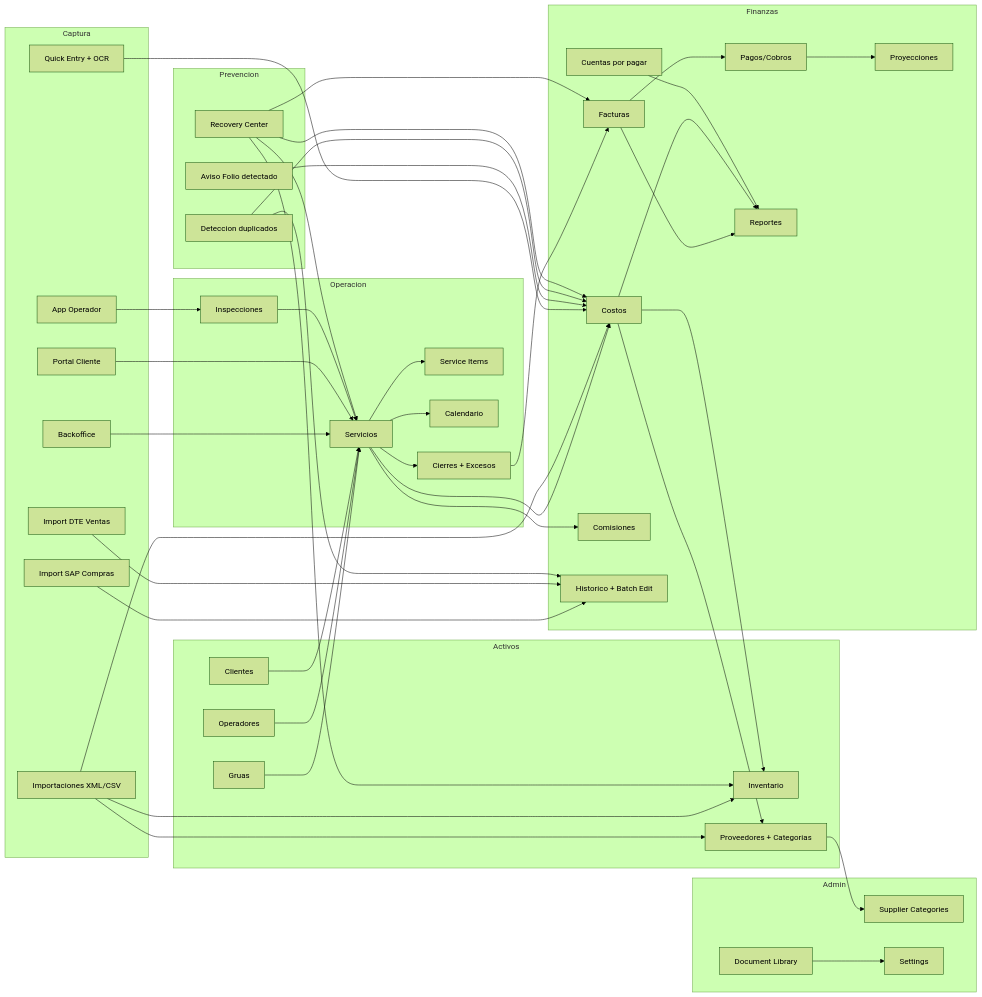
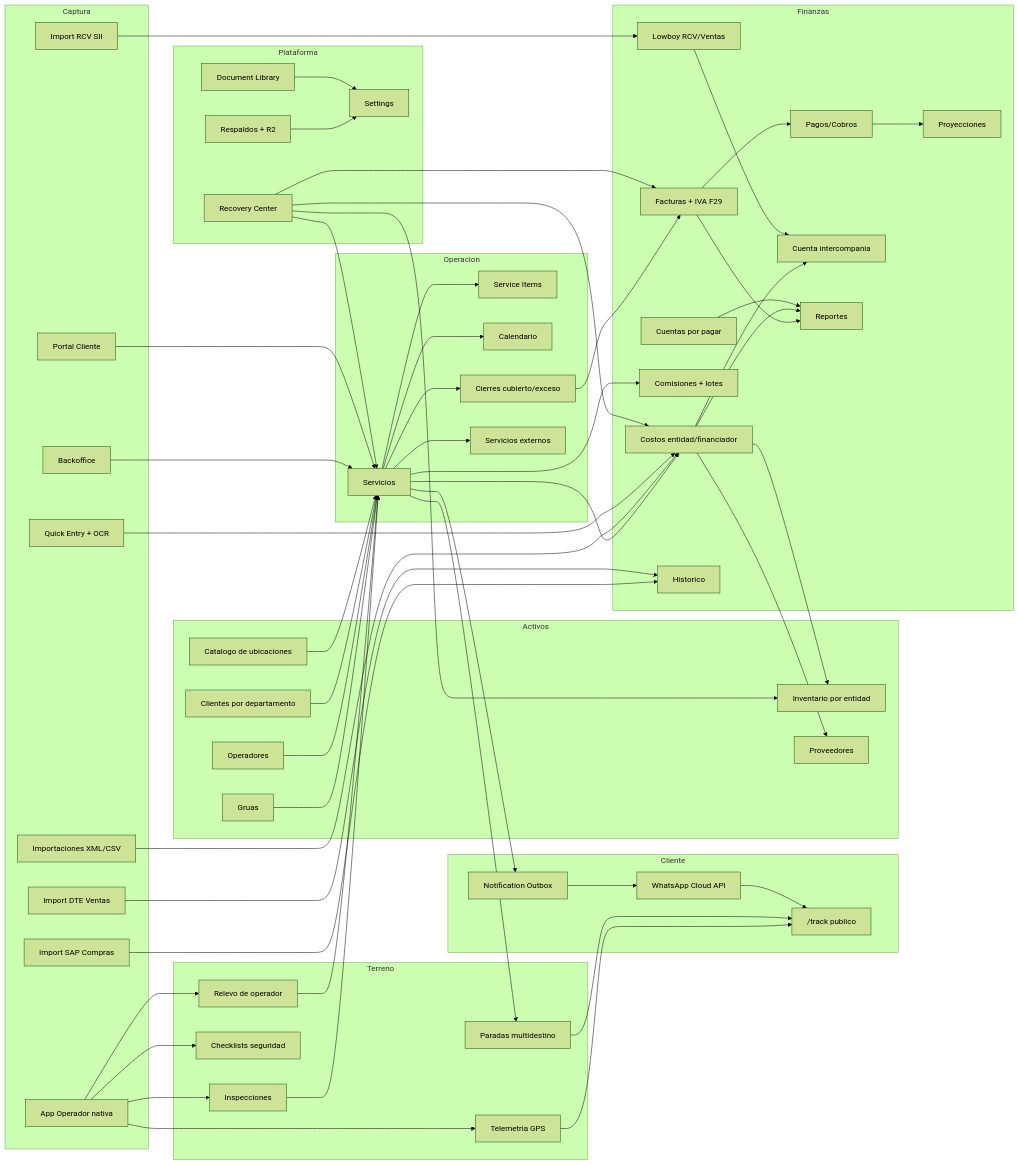
The diagram in PRD.md (SergioIriarte666/gruas-alerta-calendario), drawn with Mermaid (forest theme) before and after one commit. The commit also changed other lines of this file, not shown here.

````diff
--- a/PRD.md
+++ b/PRD.md
@@ -204,83 +261,101 @@
 flowchart LR
   subgraph Captura
     ADMIN[Backoffice]
-    OP[App Operador]
+    OPAPP[App Operador nativa]
     PORTAL[Portal Cliente]
     XML[Importaciones XML/CSV]
     OCR[Quick Entry + OCR]
     SAP[Import SAP Compras]
     DTE[Import DTE Ventas]
+    RCV[Import RCV SII]
+  end
+
+  subgraph Terreno
+    GPS[Telemetria GPS]
+    STOPS[Paradas multidestino]
+    INS[Inspecciones]
+    CHK[Checklists seguridad]
+    HAND[Relevo de operador]
+  end
+
+  subgraph Cliente
+    TRACK["/track publico"]
+    OUTBOX[Notification Outbox]
+    WA[WhatsApp Cloud API]
   end
 
   subgraph Operacion
     SVC[Servicios]
     ITEMS[Service Items]
     CAL[Calendario]
-    INS[Inspecciones]
-    CLO[Cierres + Excesos]
-  end
-
-  subgraph Prevencion
-    FOLIO[Aviso Folio detectado]
-    DEDUP[Deteccion duplicados]
-    RECOV[Recovery Center]
+    CLO[Cierres cubierto/exceso]
+    EXT[Servicios externos]
   end
 
   subgraph Activos
-    CLI[Clientes]
+    CLI[Clientes por departamento]
     CRA[Gruas]
     OPE[Operadores]
-    INV[Inventario]
-    SUP[Proveedores + Categorias]
-  end
-
-  subgraph Admin
-    DOCLIB[Document Library]
-    SUP_CAT[Supplier Categories]
-    SET[Settings]
+    INV[Inventario por entidad]
+    SUP[Proveedores]
+    LOC[Catalogo de ubicaciones]
   end
 
   subgraph Finanzas
-    INV2[Facturas]
+    FAC[Facturas + IVA F29]
     COB[Pagos/Cobros]
-    COS[Costos]
+    COS[Costos entidad/financiador]
     AP[Cuentas por pagar]
-    COM[Comisiones]
+    COM[Comisiones + lotes]
+    LOW[Lowboy RCV/Ventas]
+    IC[Cuenta intercompania]
     REP[Reportes]
     PROY[Proyecciones]
-    HIST[Historico + Batch Edit]
+    HIST[Historico]
+  end
+
+  subgraph Plataforma
+    BKP[Respaldos + R2]
+    REC[Recovery Center]
+    DOC[Document Library]
+    SET[Settings]
   end
 
   ADMIN --> SVC
   PORTAL --> SVC
-  OP --> INS --> SVC
+  OPAPP --> GPS --> TRACK
+  OPAPP --> INS --> SVC
+  OPAPP --> CHK
+  OPAPP --> HAND --> SVC
+  SVC --> STOPS --> TRACK
+  SVC --> OUTBOX --> WA --> TRACK
   SVC --> ITEMS
   SVC --> CAL
-  SVC --> CLO --> INV2 --> COB
+  SVC --> CLO --> FAC --> COB
+  SVC --> EXT
   SVC --> COS
   COS --> SUP
   COS --> INV
+  COS --> IC
+  LOW --> IC
+  RCV --> LOW
   XML --> COS
-  XML --> SUP
-  XML --> INV
   OCR --> COS
   SAP --> HIST
   DTE --> HIST
   CRA --> SVC
   OPE --> SVC
   CLI --> SVC
+  LOC --> SVC
   SVC --> COM
-  INV2 --> REP
+  FAC --> REP
   COB --> PROY
   COS --> REP
   AP --> REP
-  FOLIO --> COS
-  DEDUP --> COS
-  DEDUP --> HIST
-  RECOV --> INV2
-  RECOV --> SVC
-  RECOV --> COS
-  RECOV --> INV
-  SUP --> SUP_CAT
-  DOCLIB --> SET
+  REC --> SVC
+  REC --> FAC
+  REC --> COS
+  REC --> INV
+  BKP --> SET
+  DOC --> SET
 ```
````
